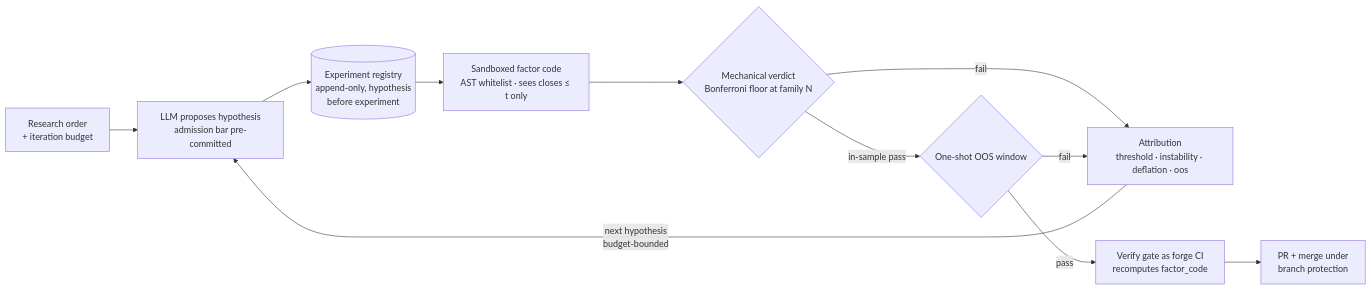
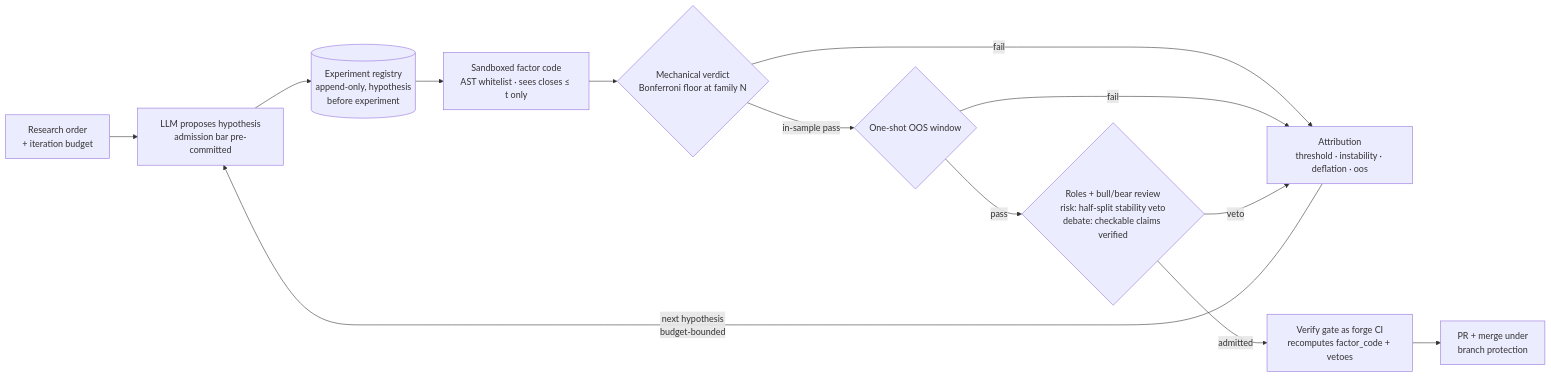
One commit to 0x1512/quant-super-agent changed the diagram in README.md. Above: the diagram before and after it, drawn with Mermaid. The commit also changed other lines of this file and 21 other files, not shown here.

First line of the commit message:
v0.4: ablatable quant roles (data/factor/risk/manager) + bull/bear review gate

````diff
--- a/README.md
+++ b/README.md
@@ -100,13 +105,15 @@
 ```mermaid
 flowchart LR
     A[Research order<br/>+ iteration budget] --> B[LLM proposes hypothesis<br/>admission bar pre-committed]
     B --> C[(Experiment registry<br/>append-only, hypothesis<br/>before experiment)]
     C --> D[Sandboxed factor code<br/>AST whitelist · sees closes ≤ t only]
     D --> E{Mechanical verdict<br/>Bonferroni floor at family N}
     E -- fail --> F[Attribution<br/>threshold · instability · deflation · oos]
     E -- in-sample pass --> G{One-shot OOS window}
     G -- fail --> F
-    G -- pass --> H[Verify gate as forge CI<br/>recomputes factor_code]
+    G -- pass --> V{Roles + bull/bear review<br/>risk: half-split stability veto<br/>debate: checkable claims verified}
+    V -- veto --> F
+    V -- admitted --> H[Verify gate as forge CI<br/>recomputes factor_code + vetoes]
     F -- next hypothesis<br/>budget-bounded --> B
     H --> I[PR + merge under<br/>branch protection]
 ```
````
